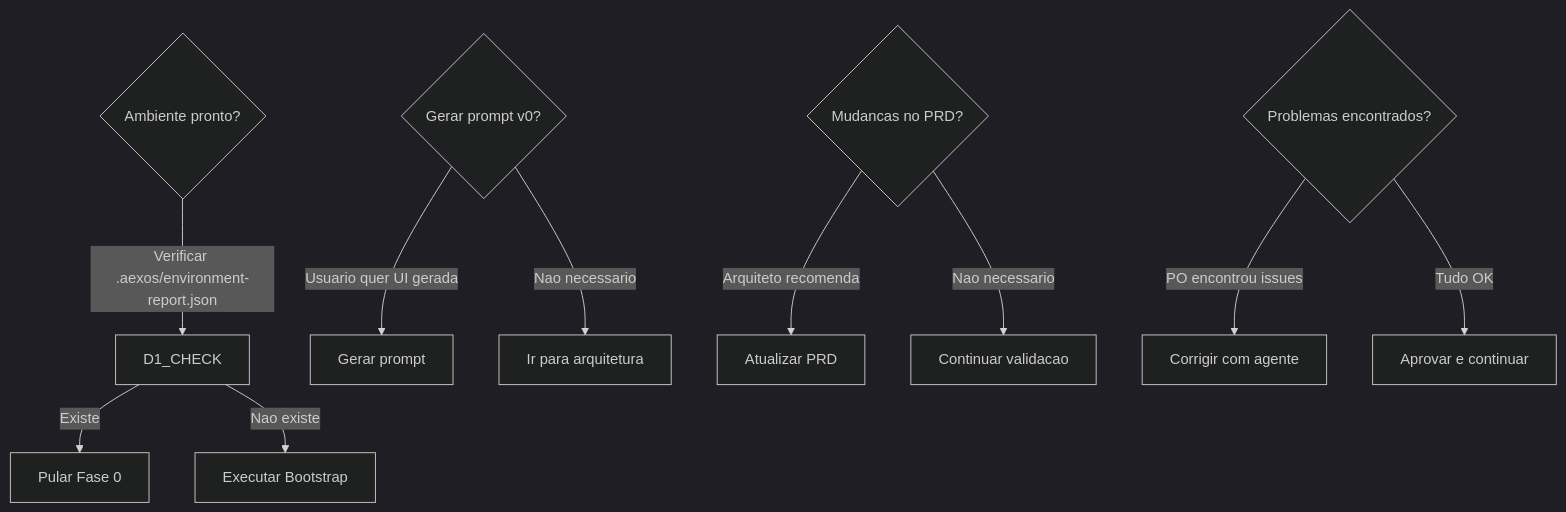
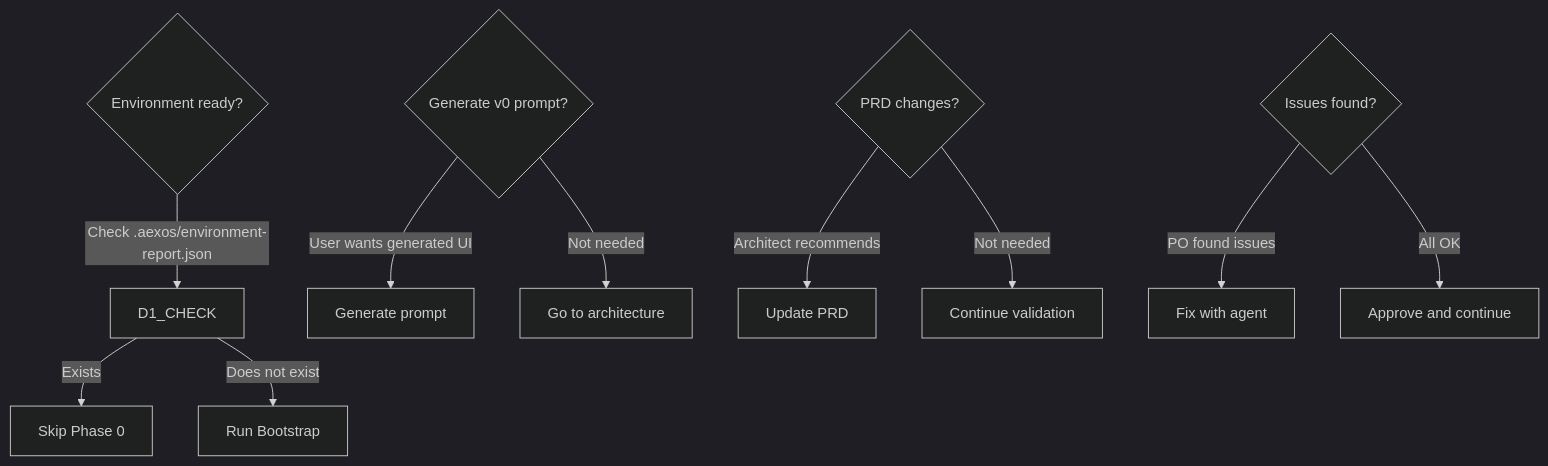
Before and after one commit to CyryxLabs/AEXOS: the ninth of 9 diagrams in docs/aexos-workflows/greenfield-fullstack-workflow.md, drawn with Mermaid (dark theme). The commit also changed other lines of this file and 528 other files, not shown here.

````diff
--- a/docs/aexos-workflows/greenfield-fullstack-workflow.md
+++ b/docs/aexos-workflows/greenfield-fullstack-workflow.md
@@ -664,19 +664,19 @@
 ```mermaid
 flowchart TD
-    D1{Ambiente pronto?}
-    D1 -->|Verificar .aexos/environment-report.json| D1_CHECK
-    D1_CHECK -->|Existe| SKIP[Pular Fase 0]
-    D1_CHECK -->|Nao existe| RUN[Executar Bootstrap]
+    D1{Environment ready?}
+    D1 -->|Check .aexos/environment-report.json| D1_CHECK
+    D1_CHECK -->|Exists| SKIP[Skip Phase 0]
+    D1_CHECK -->|Does not exist| RUN[Run Bootstrap]
 
-    D2{Gerar prompt v0?}
-    D2 -->|Usuario quer UI gerada| D2_YES[Gerar prompt]
-    D2 -->|Nao necessario| D2_NO[Ir para arquitetura]
+    D2{Generate v0 prompt?}
+    D2 -->|User wants generated UI| D2_YES[Generate prompt]
+    D2 -->|Not needed| D2_NO[Go to architecture]
 
-    D3{Mudancas no PRD?}
-    D3 -->|Arquiteto recomenda| D3_YES[Atualizar PRD]
-    D3 -->|Nao necessario| D3_NO[Continuar validacao]
+    D3{PRD changes?}
+    D3 -->|Architect recommends| D3_YES[Update PRD]
+    D3 -->|Not needed| D3_NO[Continue validation]
 
-    D4{Problemas encontrados?}
-    D4 -->|PO encontrou issues| D4_YES[Corrigir com agente]
-    D4 -->|Tudo OK| D4_NO[Aprovar e continuar]
+    D4{Issues found?}
+    D4 -->|PO found issues| D4_YES[Fix with agent]
+    D4 -->|All OK| D4_NO[Approve and continue]
 ```
````
